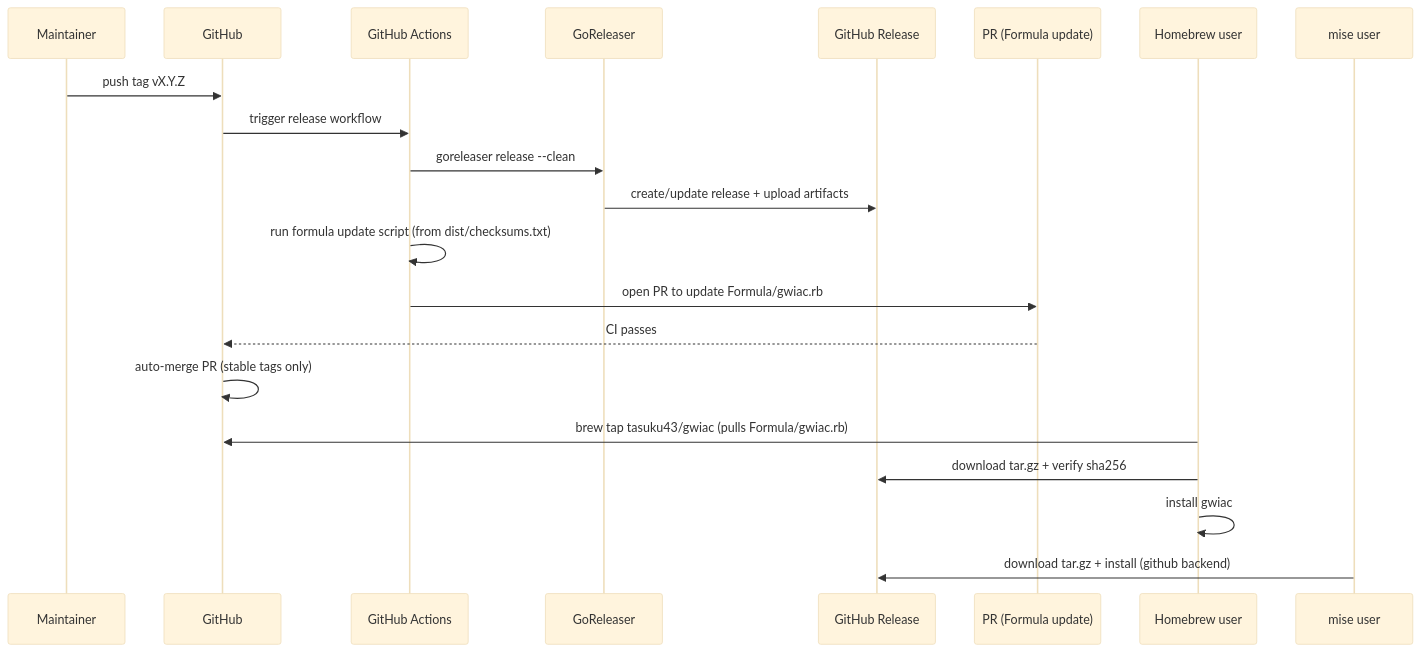
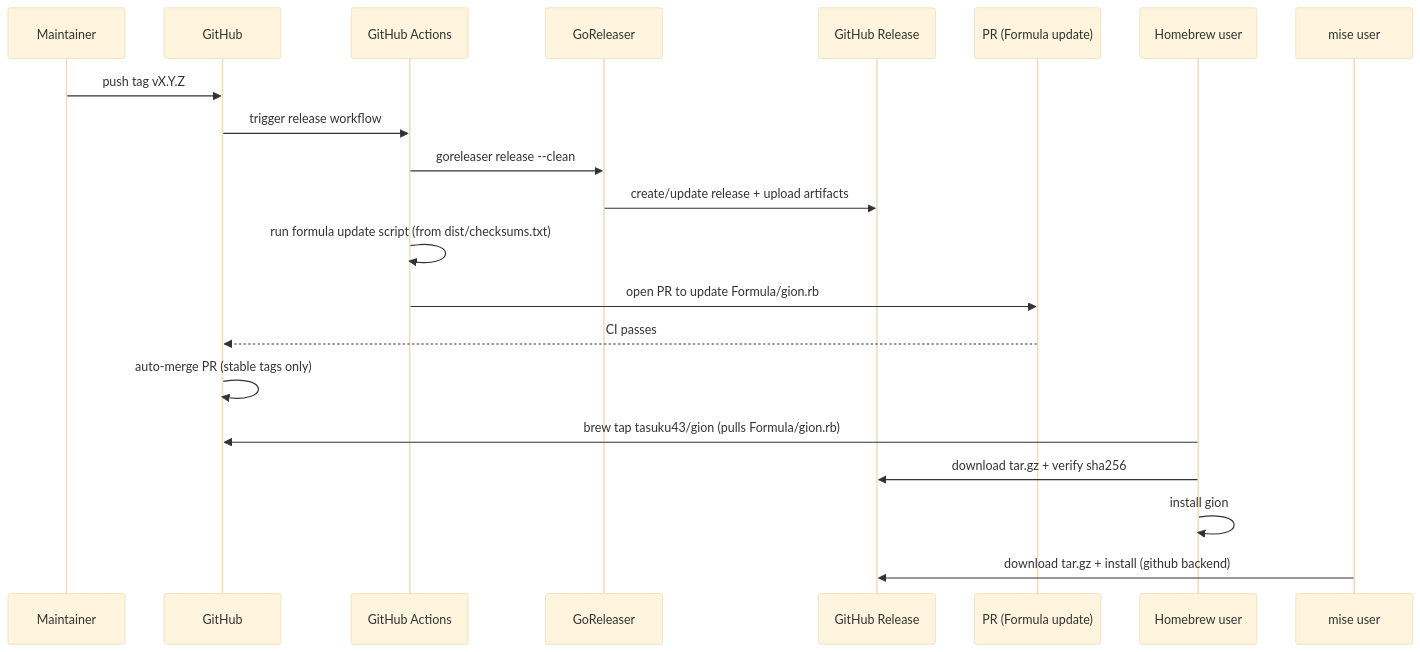
The second of 2 diagrams in docs/ops/RELEASE_PIPELINE.md (tasuku43/gwst), drawn with Mermaid (base theme) before and after one commit. The commit also changed other lines of this file and 73 other files, not shown here.

````diff
--- a/docs/ops/RELEASE_PIPELINE.md
+++ b/docs/ops/RELEASE_PIPELINE.md
@@ -43,24 +43,24 @@
 ```mermaid
 sequenceDiagram
   participant Dev as Maintainer
   participant GH as GitHub
   participant GA as GitHub Actions
   participant GR as GoReleaser
   participant RLS as GitHub Release
   participant PR as PR (Formula update)
   participant Brew as Homebrew user
   participant Mise as mise user
 
   Dev->>GH: push tag vX.Y.Z
   GH->>GA: trigger release workflow
   GA->>GR: goreleaser release --clean
   GR->>RLS: create/update release + upload artifacts
   GA->>GA: run formula update script (from dist/checksums.txt)
-  GA->>PR: open PR to update Formula/gwiac.rb
+  GA->>PR: open PR to update Formula/gion.rb
   PR-->>GH: CI passes
   GH->>GH: auto-merge PR (stable tags only)
-  Brew->>GH: brew tap tasuku43/gwiac (pulls Formula/gwiac.rb)
+  Brew->>GH: brew tap tasuku43/gion (pulls Formula/gion.rb)
   Brew->>RLS: download tar.gz + verify sha256
-  Brew->>Brew: install gwiac
+  Brew->>Brew: install gion
   Mise->>RLS: download tar.gz + install (github backend)
 ```
````
